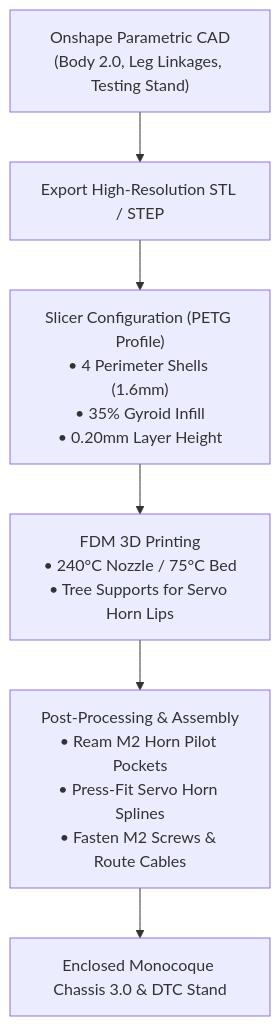
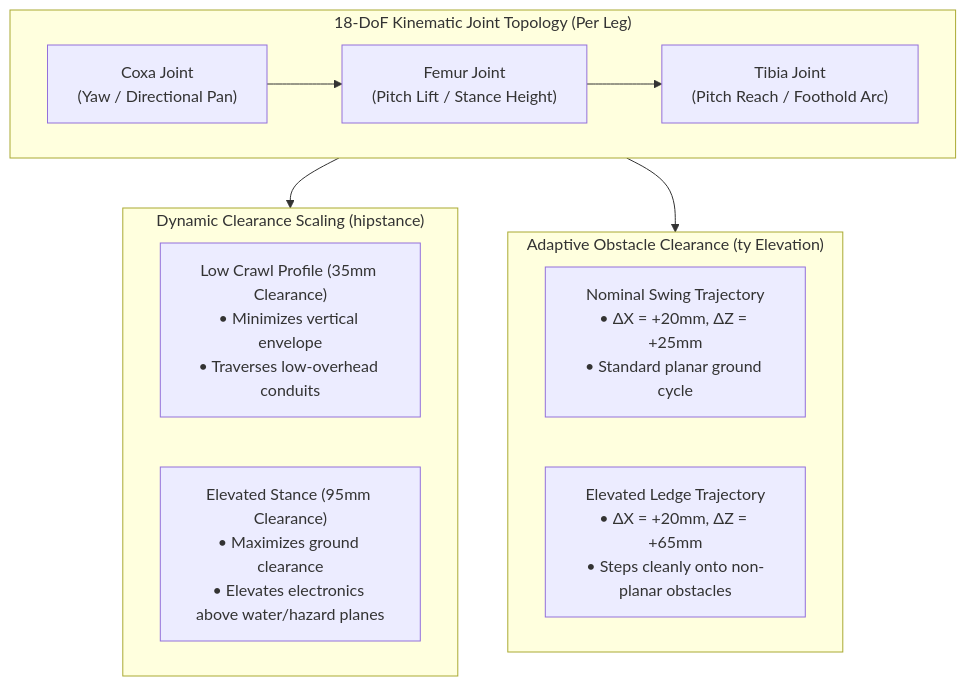
One commit to GrrGrrMan/spider-blog changed the second of 4 diagrams in src/content/docs/03-3d-cad-fabrication.md. Above: the diagram before and after it, drawn with Mermaid. The commit also changed other lines of this file, not shown here.

````diff
--- a/src/content/docs/03-3d-cad-fabrication.md
+++ b/src/content/docs/03-3d-cad-fabrication.md
@@ -12,12 +47,23 @@
 ```mermaid
 flowchart TD
-    CAD["Onshape Parametric CAD<br/>(Body 2.0, Leg Linkages, Testing Stand)"] --> EXPORT["Export High-Resolution STL / STEP"]
-    
-    EXPORT --> SLICER["Slicer Configuration (PETG Profile)<br/>• 4 Perimeter Shells (1.6mm)<br/>• 35% Gyroid Infill<br/>• 0.20mm Layer Height"]
-    
-    SLICER --> PRINT["FDM 3D Printing<br/>• 240°C Nozzle / 75°C Bed<br/>• Tree Supports for Servo Horn Lips"]
-    
-    PRINT --> POST["Post-Processing & Assembly<br/>• Ream M2 Horn Pilot Pockets<br/>• Press-Fit Servo Horn Splines<br/>• Fasten M2 Screws & Route Cables"]
-    
-    POST --> CHASSIS["Enclosed Monocoque Chassis 3.0 & DTC Stand"]
+    subgraph JointChain ["18-DoF Kinematic Joint Topology (Per Leg)"]
+        direction LR
+        COXA["Coxa Joint<br/>(Yaw / Directional Pan)"]
+        FEMUR["Femur Joint<br/>(Pitch Lift / Stance Height)"]
+        TIBIA["Tibia Joint<br/>(Pitch Reach / Foothold Arc)"]
+        COXA --> FEMUR --> TIBIA
+    end
+
+    subgraph ClearanceScaling ["Dynamic Clearance Scaling (hipstance)"]
+        CRAWL["Low Crawl Profile (35mm Clearance)<br/>• Minimizes vertical envelope<br/>• Traverses low-overhead conduits"]
+        ELEV["Elevated Stance (95mm Clearance)<br/>• Maximizes ground clearance<br/>• Elevates electronics above water/hazard planes"]
+    end
+
+    subgraph ObstacleElevation ["Adaptive Obstacle Clearance (ty Elevation)"]
+        NOM["Nominal Swing Trajectory<br/>• ΔX = +20mm, ΔZ = +25mm<br/>• Standard planar ground cycle"]
+        LEDGE["Elevated Ledge Trajectory<br/>• ΔX = +20mm, ΔZ = +65mm<br/>• Steps cleanly onto non-planar obstacles"]
+    end
+
+    TIBIA --> ClearanceScaling
+    TIBIA --> ObstacleElevation
 ```
````
